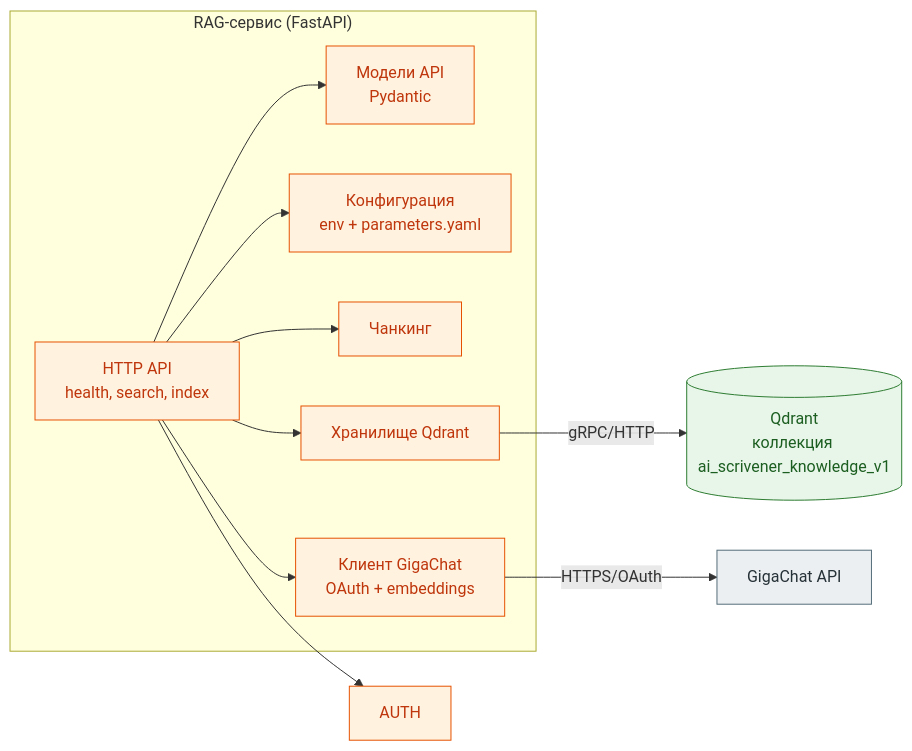
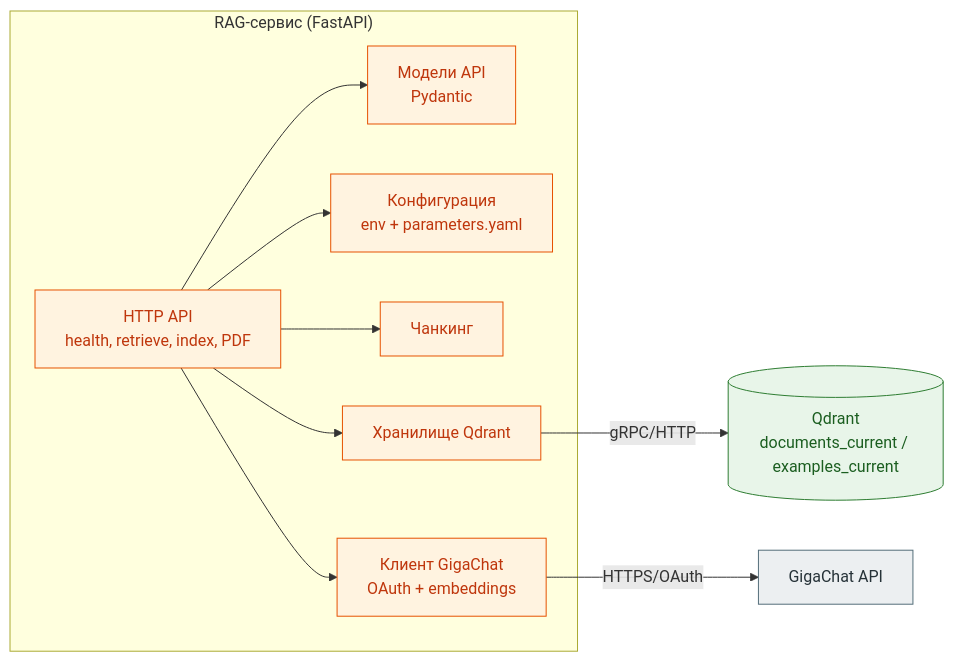
The fourth of 5 diagrams in docs/system-analysis/c4-model.md (igorvolk1961/ai_scrivener), drawn with Mermaid before and after one commit. The commit also changed other lines of this file and 12 other files, not shown here.

````diff
--- a/docs/system-analysis/c4-model.md
+++ b/docs/system-analysis/c4-model.md
@@ -288,30 +295,29 @@
 ```mermaid
 flowchart LR
     subgraph RAG["RAG-сервис (FastAPI)"]
-        API["HTTP API<br/>health, search, index"]
+        API["HTTP API<br/>health, retrieve, index, PDF"]
         MODELS["Модели API<br/>Pydantic"]
         CONFIG["Конфигурация<br/>env + parameters.yaml"]
         CHUNK["Чанкинг"]
         GIGA["Клиент GigaChat<br/>OAuth + embeddings"]
         STORE["Хранилище Qdrant"]
     end
 
-    QD[("Qdrant<br/>коллекция ai_scrivener_knowledge_v1")]
+    QD[("Qdrant<br/>documents_current / examples_current")]
     GC["GigaChat API"]
 
-    API --> AUTH
     API --> MODELS
     API --> CONFIG
     API --> CHUNK
     API --> STORE
     API --> GIGA
     STORE -->|"gRPC/HTTP"| QD
     GIGA -->|"HTTPS/OAuth"| GC
 
     classDef rag fill:#FFF3E0,stroke:#E65100,color:#BF360C
     classDef storage fill:#E8F5E9,stroke:#2E7D32,color:#1B5E20
     classDef external fill:#ECEFF1,stroke:#546E7A,color:#263238
-    class API,AUTH,MODELS,CONFIG,CHUNK,GIGA,STORE rag
+    class API,MODELS,CONFIG,CHUNK,GIGA,STORE rag
     class QD storage
     class GC external
 ```
````
